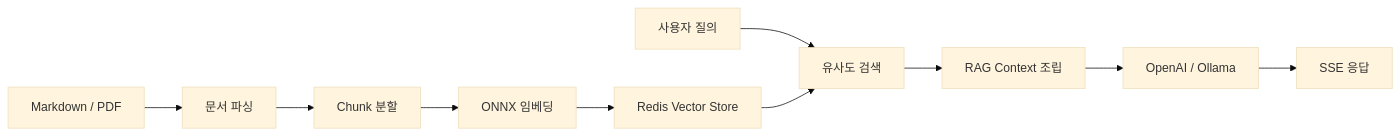
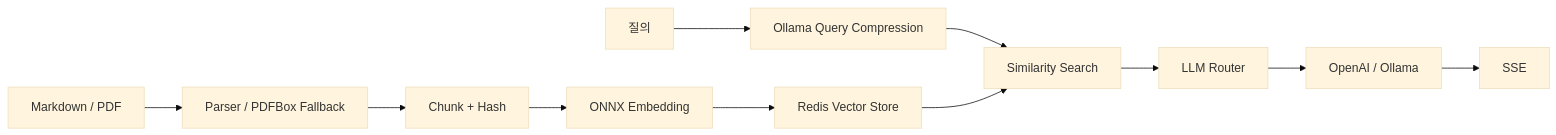
The sixth of 6 diagrams in docs/architecture/SpringAI_프로젝트_전체_아키텍처_분석.md (Jeong-daeseop/springai), drawn with Mermaid (base theme) before and after one commit. The commit also changed other lines of this file and 1 other file, not shown here.

Commit message:
docs: 전체 아키텍처 분석과 다이어그램 갱신

````diff
--- a/docs/architecture/SpringAI_프로젝트_전체_아키텍처_분석.md
+++ b/docs/architecture/SpringAI_프로젝트_전체_아키텍처_분석.md
@@ -367,12 +366,18 @@
 ```mermaid
 flowchart LR
-    DOC["Markdown / PDF"] --> PARSE["문서 파싱"]
-    PARSE --> CHUNK["Chunk 분할"]
-    CHUNK --> EMBEDDING["ONNX 임베딩"]
-    EMBEDDING --> VECTOR["Redis Vector Store"]
-    QUERY["사용자 질의"] --> SEARCH["유사도 검색"]
-    VECTOR --> SEARCH
-    SEARCH --> CONTEXT["RAG Context 조립"]
-    CONTEXT --> LLM["OpenAI / Ollama"]
-    LLM --> SSE["SSE 응답"]
+    Doc[Markdown / PDF]
+    Parse[Parser / PDFBox Fallback]
+    Chunk[Chunk + Hash]
+    Embed[ONNX Embedding]
+    Vector[Redis Vector Store]
+    Query[질의]
+    Compress[Ollama Query Compression]
+    Search[Similarity Search]
+    Router[LLM Router]
+    LLM[OpenAI / Ollama]
+    SSE[SSE]
+
+    Doc --> Parse --> Chunk --> Embed --> Vector
+    Query --> Compress --> Search
+    Vector --> Search --> Router --> LLM --> SSE
 ```
````
